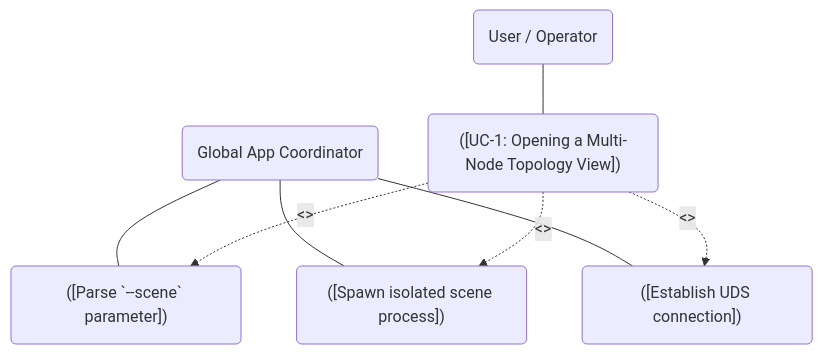
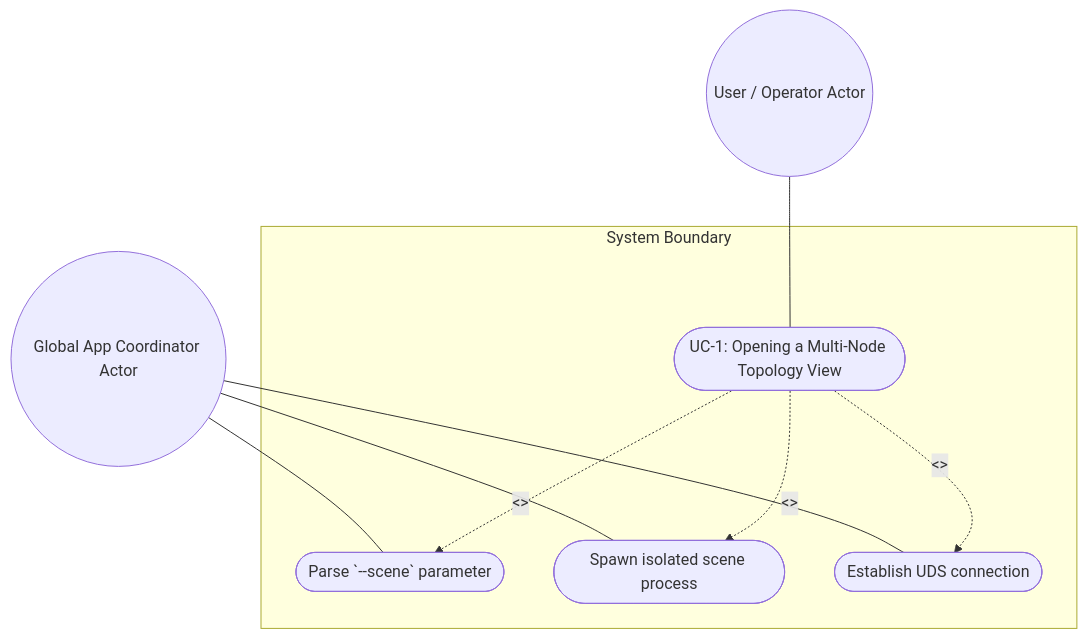
Before and after one commit to gintatkinson/3dgs-phoenix: the first of 2 diagrams in docs/use-cases/uc-45-open-multi-node.md, drawn with Mermaid. The commit also changed 3 other files, not shown here.

Commit message:
docs: fix UML and compliance linter failures in use cases and epics

````diff
--- a/docs/use-cases/uc-45-open-multi-node.md
+++ b/docs/use-cases/uc-45-open-multi-node.md
@@ -13,19 +13,21 @@
 ```mermaid
 flowchart TD
-    User("User / Operator")
-    Coordinator("Global App Coordinator")
+    UserActor(("User / Operator Actor"))
+    CoordinatorActor(("Global App Coordinator Actor"))
 
-    UC_Open("([UC-1: Opening a Multi-Node Topology View])")
-    UC_Parse("([Parse `--scene` parameter])")
-    UC_Spawn("([Spawn isolated scene process])")
-    UC_UDS("([Establish UDS connection])")
+    subgraph SystemBoundary["System Boundary"]
+        UC_Open(["UC-1: Opening a Multi-Node Topology View"])
+        UC_Parse(["Parse `--scene` parameter"])
+        UC_Spawn(["Spawn isolated scene process"])
+        UC_UDS(["Establish UDS connection"])
+    end
 
-    User --- UC_Open
-    Coordinator --- UC_Parse
-    Coordinator --- UC_Spawn
-    Coordinator --- UC_UDS
+    UserActor --- UC_Open
+    CoordinatorActor --- UC_Parse
+    CoordinatorActor --- UC_Spawn
+    CoordinatorActor --- UC_UDS
 
-    UC_Open -.->|"<<include>>"| UC_Parse
-    UC_Open -.->|"<<include>>"| UC_Spawn
-    UC_Open -.->|"<<include>>"| UC_UDS
+    UC_Open -. "<<include>>" .-> UC_Parse
+    UC_Open -. "<<include>>" .-> UC_Spawn
+    UC_Open -. "<<include>>" .-> UC_UDS
 ```
````
